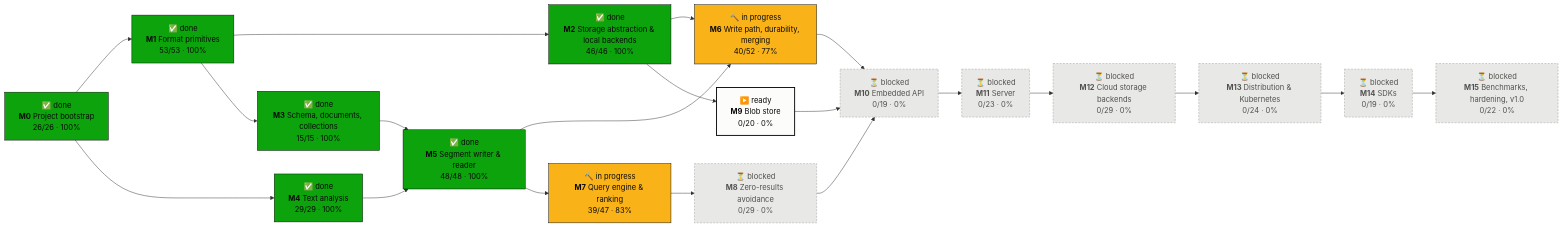
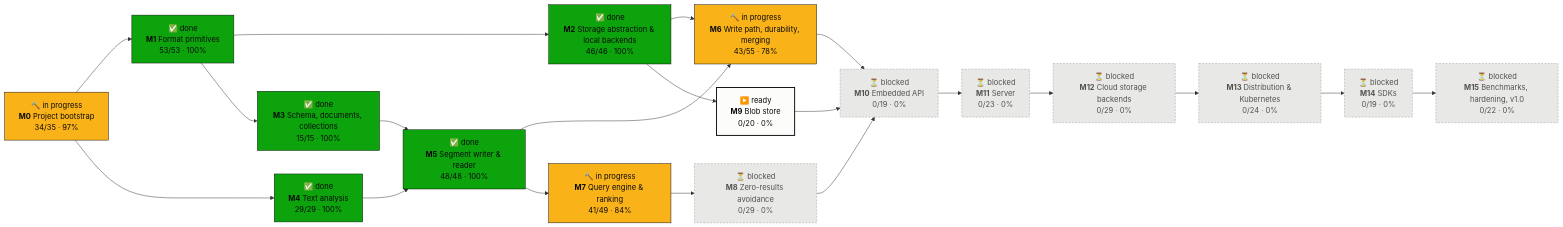
Before and after one commit to tomiok/persiaDB: the first of 2 diagrams in PROGRESS.md, drawn with Mermaid. The commit also changed other lines of this file and 88 other files, not shown here.

````diff
--- a/PROGRESS.md
+++ b/PROGRESS.md
@@ -16,42 +16,42 @@
 ```mermaid
 flowchart LR
-  M0["✅ done<br/><b>M0</b> Project bootstrap<br/>26/26 · 100%"]:::done
+  M0["🔨 in progress<br/><b>M0</b> Project bootstrap<br/>34/35 · 97%"]:::doing
   M1["✅ done<br/><b>M1</b> Format primitives<br/>53/53 · 100%"]:::done
   M2["✅ done<br/><b>M2</b> Storage abstraction & local backends<br/>46/46 · 100%"]:::done
   M3["✅ done<br/><b>M3</b> Schema, documents, collections<br/>15/15 · 100%"]:::done
   M4["✅ done<br/><b>M4</b> Text analysis<br/>29/29 · 100%"]:::done
   M5["✅ done<br/><b>M5</b> Segment writer & reader<br/>48/48 · 100%"]:::done
-  M6["🔨 in progress<br/><b>M6</b> Write path, durability, merging<br/>40/52 · 77%"]:::doing
-  M7["🔨 in progress<br/><b>M7</b> Query engine & ranking<br/>39/47 · 83%"]:::doing
+  M6["🔨 in progress<br/><b>M6</b> Write path, durability, merging<br/>43/55 · 78%"]:::doing
+  M7["🔨 in progress<br/><b>M7</b> Query engine & ranking<br/>41/49 · 84%"]:::doing
   M8["⏳ blocked<br/><b>M8</b> Zero-results avoidance<br/>0/29 · 0%"]:::blocked
   M9["▶️ ready<br/><b>M9</b> Blob store<br/>0/20 · 0%"]:::ready
   M10["⏳ blocked<br/><b>M10</b> Embedded API<br/>0/19 · 0%"]:::blocked
   M11["⏳ blocked<br/><b>M11</b> Server<br/>0/23 · 0%"]:::blocked
   M12["⏳ blocked<br/><b>M12</b> Cloud storage backends<br/>0/29 · 0%"]:::blocked
   M13["⏳ blocked<br/><b>M13</b> Distribution & Kubernetes<br/>0/24 · 0%"]:::blocked
   M14["⏳ blocked<br/><b>M14</b> SDKs<br/>0/19 · 0%"]:::blocked
   M15["⏳ blocked<br/><b>M15</b> Benchmarks, hardening, v1.0<br/>0/22 · 0%"]:::blocked
   M0 --> M1
   M1 --> M2
   M1 --> M3
   M0 --> M4
   M3 --> M5
   M4 --> M5
   M2 --> M6
   M5 --> M6
   M5 --> M7
   M7 --> M8
   M2 --> M9
   M6 --> M10
   M8 --> M10
   M9 --> M10
   M10 --> M11
   M11 --> M12
   M12 --> M13
   M13 --> M14
   M14 --> M15
   classDef done fill:#0ca30c,stroke:#0b0b0b,color:#0b0b0b
   classDef doing fill:#fab219,stroke:#0b0b0b,color:#0b0b0b
   classDef ready fill:#fcfcfb,stroke:#0b0b0b,stroke-width:2px,color:#0b0b0b
   classDef blocked fill:#e8e8e6,stroke:#9a9a96,stroke-dasharray:4 3,color:#52514e
 ```
````
